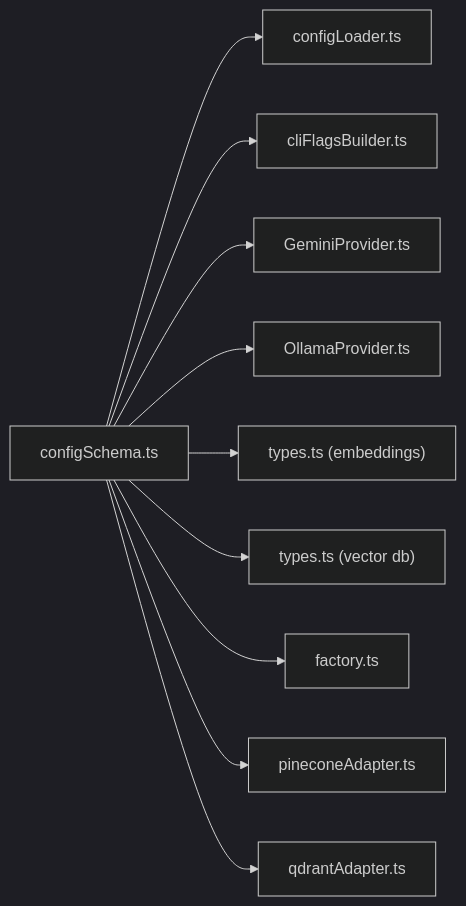
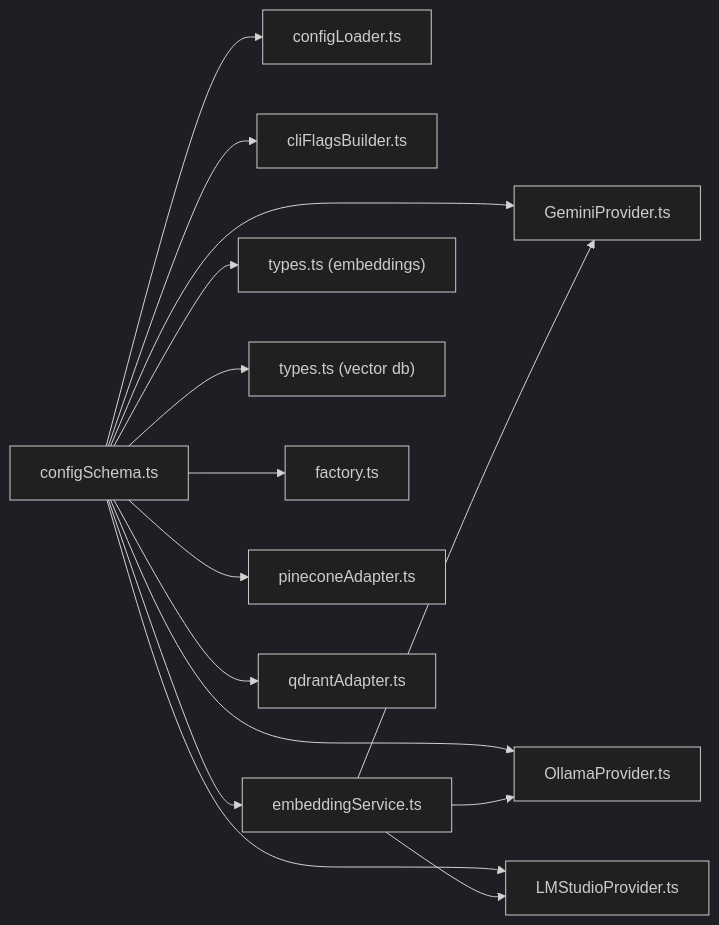
Before and after one commit to bramburn/repomix-runner: the sixth of 6 diagrams in .qoder/repowiki/en/content/API Reference/Configuration Schema.md, drawn with Mermaid (dark theme). The commit also changed other lines of this file and 19 other files, not shown here.

````diff
--- a/.qoder/repowiki/en/content/API Reference/Configuration Schema.md
+++ b/.qoder/repowiki/en/content/API Reference/Configuration Schema.md
@@ -368,12 +442,17 @@
 ```mermaid
 graph LR
 SC["configSchema.ts"] --> CL["configLoader.ts"]
 SC --> CB["cliFlagsBuilder.ts"]
 SC --> EP["GeminiProvider.ts"]
 SC --> OP["OllamaProvider.ts"]
+SC --> LSP["LMStudioProvider.ts"]
+SC --> ES["embeddingService.ts"]
 SC --> ET["types.ts (embeddings)"]
 SC --> VT["types.ts (vector db)"]
 SC --> PF["factory.ts"]
 SC --> PA["pineconeAdapter.ts"]
 SC --> QA["qdrantAdapter.ts"]
+ES --> LSP
+ES --> EP
+ES --> OP
 ```
````
